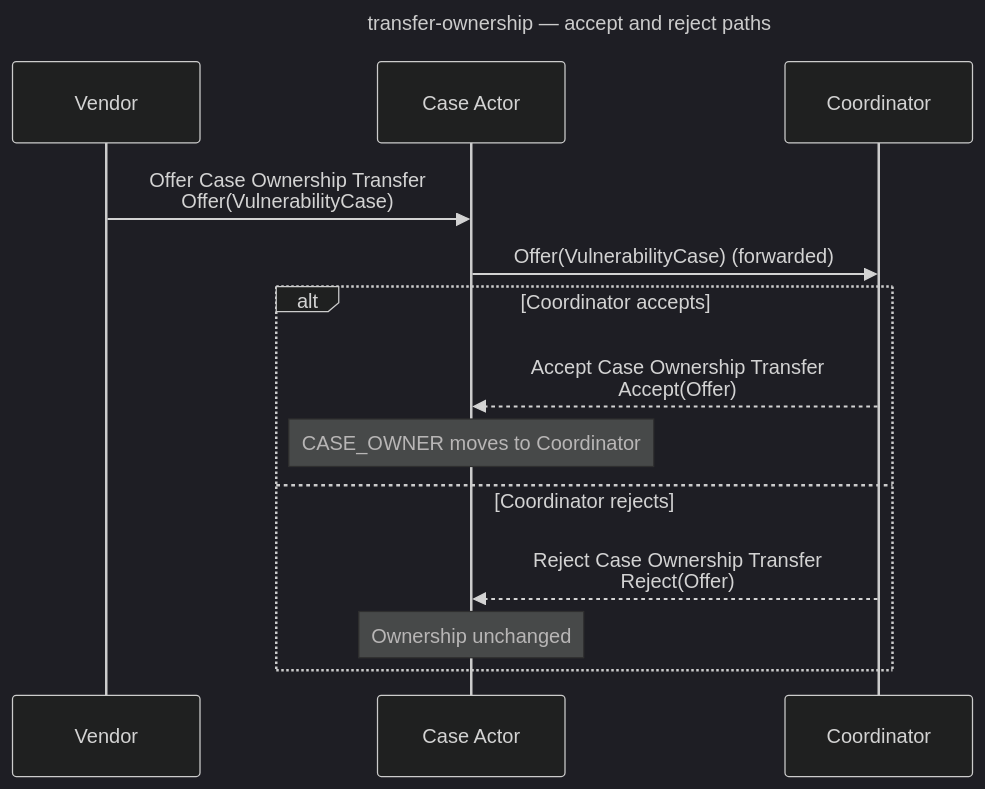
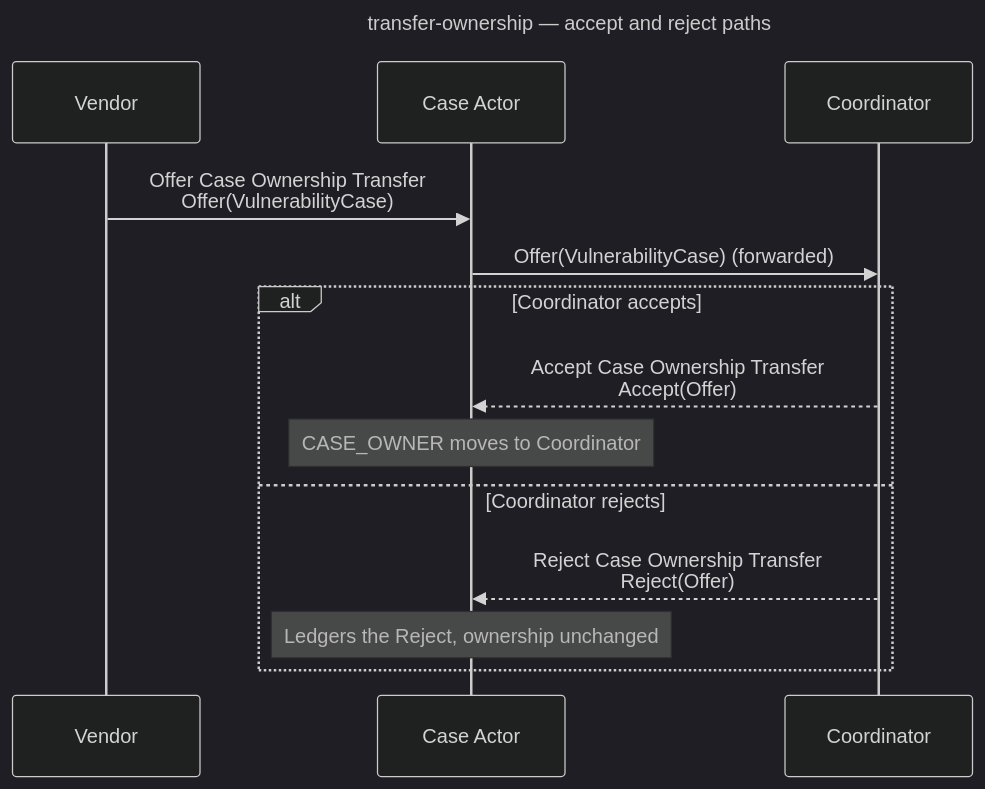
Before and after one commit to CERTCC/Vultron: the fourth of 9 diagrams in docs/tutorials/other_demos.md, drawn with Mermaid (dark theme). The commit also changed other lines of this file and 2 other files, not shown here.

Commit message:
docs: sync docs/ for issue #4475

````diff
--- a/docs/tutorials/other_demos.md
+++ b/docs/tutorials/other_demos.md
@@ -195,19 +195,19 @@
 ```mermaid
 ---
 title: transfer-ownership — accept and reject paths
 ---
 sequenceDiagram
     participant V as Vendor
     participant CA as Case Actor
     participant C as Coordinator
 
     V->>CA: Offer Case Ownership Transfer<br/>Offer(VulnerabilityCase)
     CA->>C: Offer(VulnerabilityCase) (forwarded)
     alt Coordinator accepts
         C-->>CA: Accept Case Ownership Transfer<br/>Accept(Offer)
         Note over CA: CASE_OWNER moves to Coordinator
     else Coordinator rejects
         C-->>CA: Reject Case Ownership Transfer<br/>Reject(Offer)
-        Note over CA: Ownership unchanged
+        Note over CA: Ledgers the Reject, ownership unchanged
     end
 ```
````
